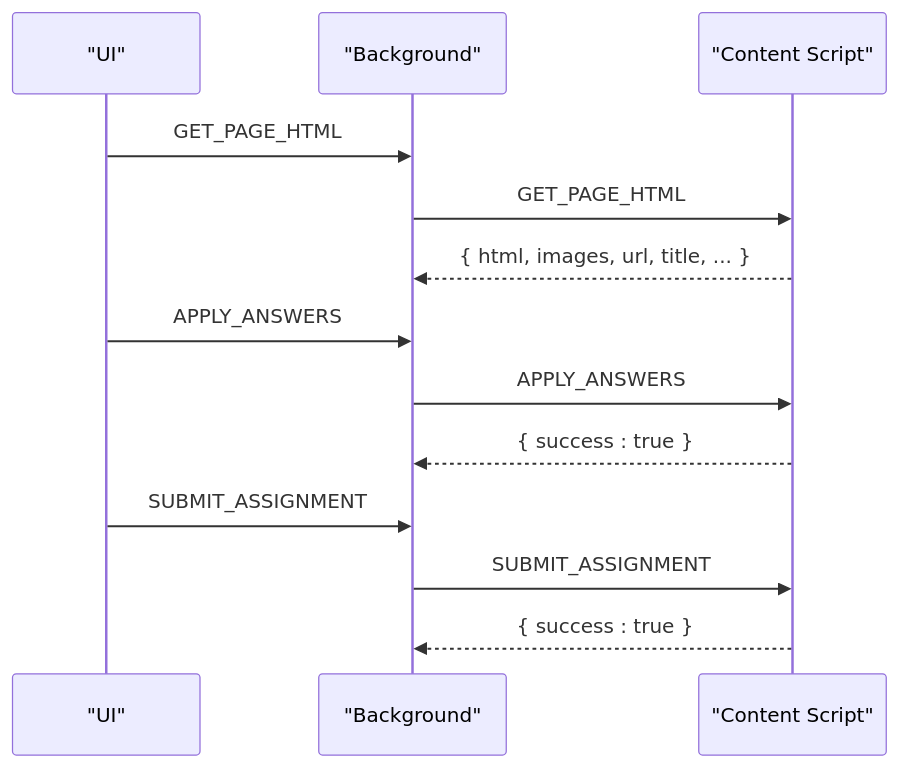
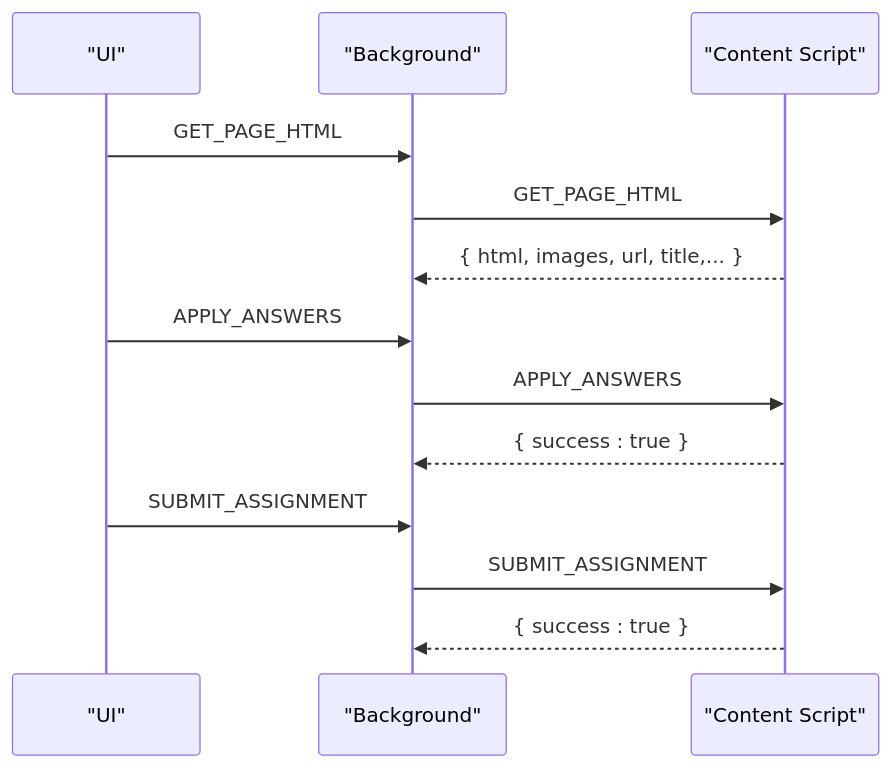
One commit to tashifkhan/tashif.codes changed the seventh of 10 diagrams in src/data/docs/mooc-utils/Assignment Solver Extension/Core Modules/Background Service/Extension Lifecycle Management.md. Above: the diagram before and after it, drawn with Mermaid. The commit also changed other lines of this file and 2128 other files, not shown here.

First line of the commit message:
docs: replace raster diagram images with native Mermaid across project guides

````diff
--- a/src/data/docs/mooc-utils/Assignment Solver Extension/Core Modules/Background Service/Extension Lifecycle Management.md
+++ b/src/data/docs/mooc-utils/Assignment Solver Extension/Core Modules/Background Service/Extension Lifecycle Management.md
@@ -184,15 +184,15 @@
 ```mermaid
 sequenceDiagram
 participant UI as "UI"
 participant BG as "Background"
 participant CT as "Content Script"
 UI->>BG : GET_PAGE_HTML
 BG->>CT : GET_PAGE_HTML
-CT-->>BG : { html, images, url, title, ... }
+CT-->>BG : { html, images, url, title,... }
 UI->>BG : APPLY_ANSWERS
 BG->>CT : APPLY_ANSWERS
 CT-->>BG : { success : true }
 UI->>BG : SUBMIT_ASSIGNMENT
 BG->>CT : SUBMIT_ASSIGNMENT
 CT-->>BG : { success : true }
 ```
````
